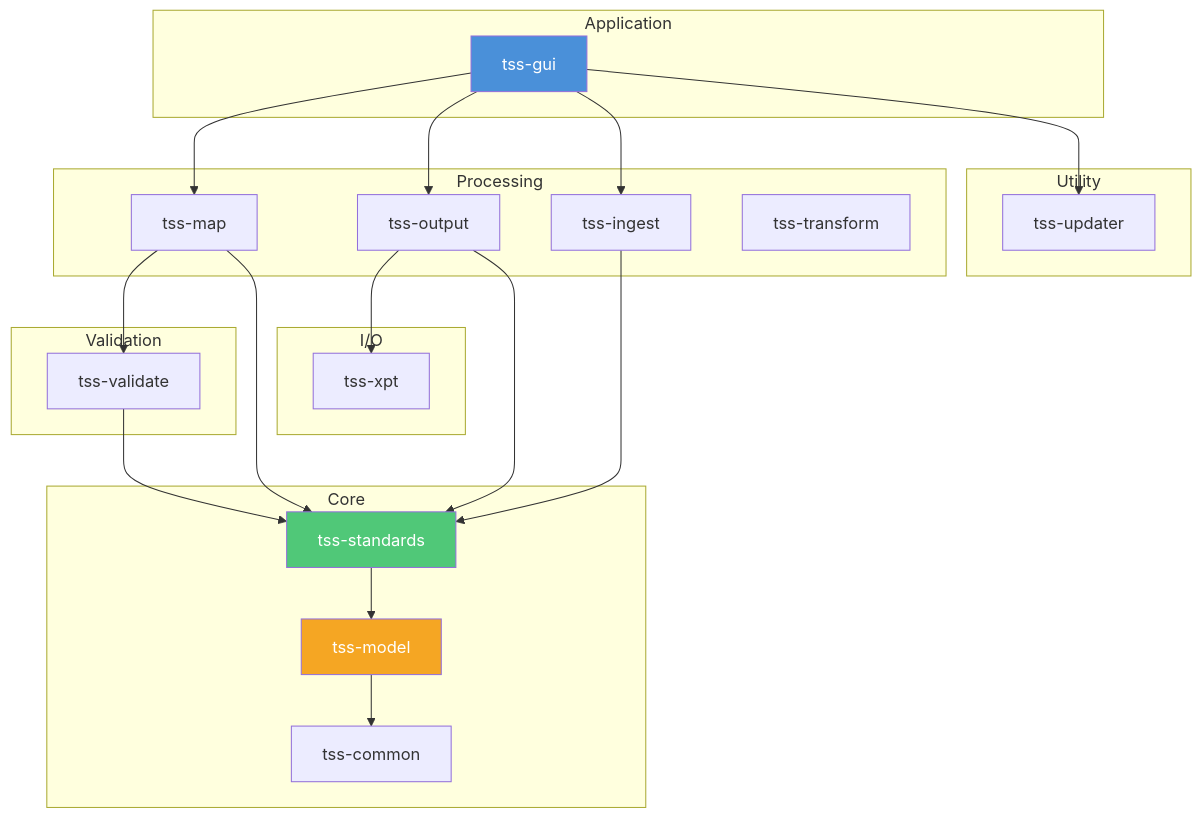
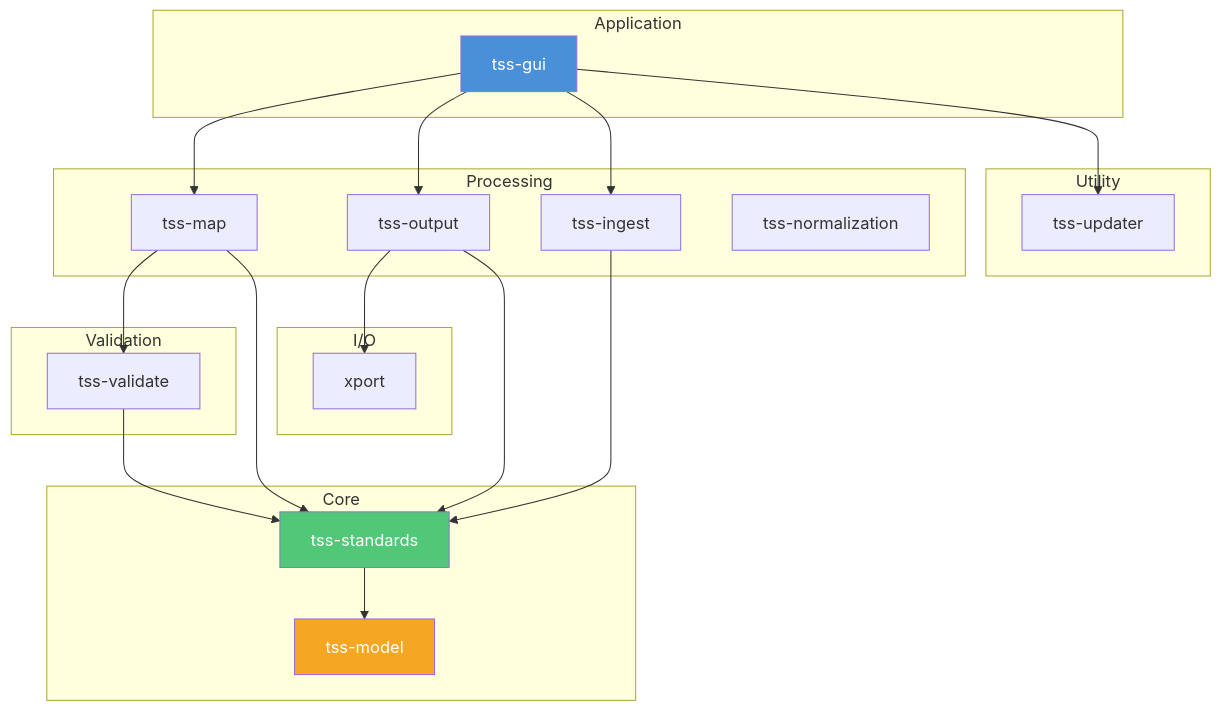
Before and after one commit to rubentalstra/Trial-Submission-Studio: the first of 3 diagrams in docs/src/architecture/overview.md, drawn with Mermaid. The commit also changed other lines of this file and 145 other files, not shown here.

First line of the commit message:
chore: rename transform to normalization (#81)

````diff
--- a/docs/src/architecture/overview.md
+++ b/docs/src/architecture/overview.md
@@ -45,47 +44,45 @@
 ```mermaid
 flowchart TD
     subgraph Application
         GUI[tss-gui]
     end
 
     subgraph Processing
         MAP[tss-map]
         OUTPUT[tss-output]
         INGEST[tss-ingest]
-        TRANSFORM[tss-transform]
+        TRANSFORM[tss-normalization]
     end
 
     subgraph Validation
         VALIDATE[tss-validate]
     end
 
     subgraph I/O
-        XPT[tss-xpt]
+        XPT[xport]
     end
 
     subgraph Core
         STANDARDS[tss-standards]
         MODEL[tss-model]
-        COMMON[tss-common]
     end
 
     subgraph Utility
         UPDATER[tss-updater]
     end
 
     GUI --> MAP
     GUI --> OUTPUT
     GUI --> INGEST
     GUI --> UPDATER
     MAP --> VALIDATE
     MAP --> STANDARDS
     OUTPUT --> XPT
     OUTPUT --> STANDARDS
     INGEST --> STANDARDS
     VALIDATE --> STANDARDS
     STANDARDS --> MODEL
-    MODEL --> COMMON
     style GUI fill: #4a90d9, color: #fff
     style STANDARDS fill: #50c878, color: #fff
     style MODEL fill: #f5a623, color: #fff
 ```
````
